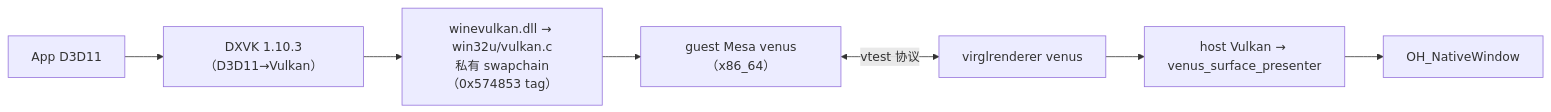
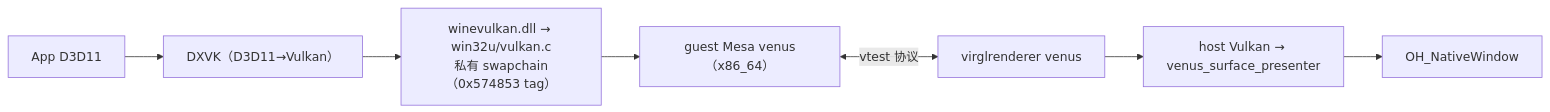
One commit to winehua/WineHua changed the third of 6 diagrams in docs/architecture/overview.md. Above: the diagram before and after it, drawn with Mermaid. The commit also changed other lines of this file and 59 other files, not shown here.

````diff
--- a/docs/architecture/overview.md
+++ b/docs/architecture/overview.md
@@ -106,9 +108,9 @@
 ```mermaid
 flowchart LR
-    A["App D3D11"] --> B["DXVK 1.10.3（D3D11→Vulkan）"]
+    A["App D3D11"] --> B["DXVK（D3D11→Vulkan）"]
     B --> C["winevulkan.dll → win32u/vulkan.c<br/>私有 swapchain（0x574853 tag）"]
     C --> D["guest Mesa venus（x86_64）"]
     D <-->|"vtest 协议"| E["virglrenderer venus"]
     E --> F["host Vulkan → venus_surface_presenter"]
     F --> G["OH_NativeWindow"]
 ```
````
